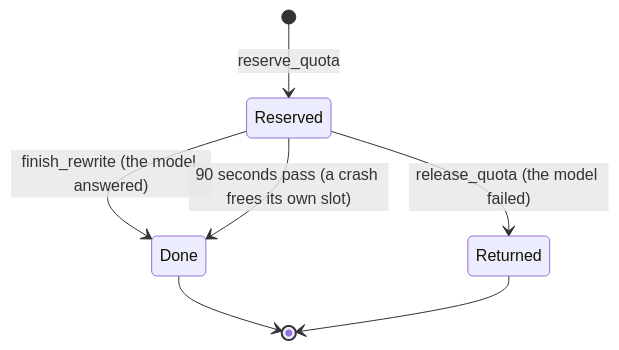
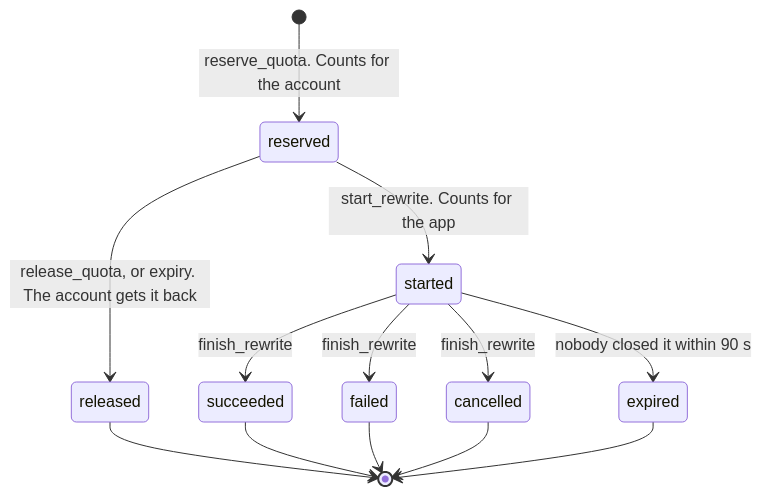
One commit to Azekf11/IA_Writing changed the third of 3 diagrams in docs/ARCHITECTURE.md. Above: the diagram before and after it, drawn with Mermaid. The commit also changed other lines of this file and 201 other files, not shown here.

First line of the commit message:
Enforce the quota in the database, clean the repository, document the architecture

````diff
--- a/docs/ARCHITECTURE.md
+++ b/docs/ARCHITECTURE.md
@@ -137,9 +233,15 @@
 ```mermaid
 stateDiagram-v2
-    [*] --> Reserved: reserve_quota
-    Reserved --> Done: finish_rewrite (the model answered)
-    Reserved --> Returned: release_quota (the model failed)
-    Reserved --> Done: 90 seconds pass (a crash frees its own slot)
-    Done --> [*]
-    Returned --> [*]
+    [*] --> reserved: reserve_quota. Counts for the account
+    reserved --> started: start_rewrite. Counts for the app
+    reserved --> released: release_quota, or expiry. The account gets it back
+    started --> succeeded: finish_rewrite
+    started --> failed: finish_rewrite
+    started --> cancelled: finish_rewrite
+    started --> expired: nobody closed it within 90 s
+    released --> [*]
+    succeeded --> [*]
+    failed --> [*]
+    cancelled --> [*]
+    expired --> [*]
 ```
````
